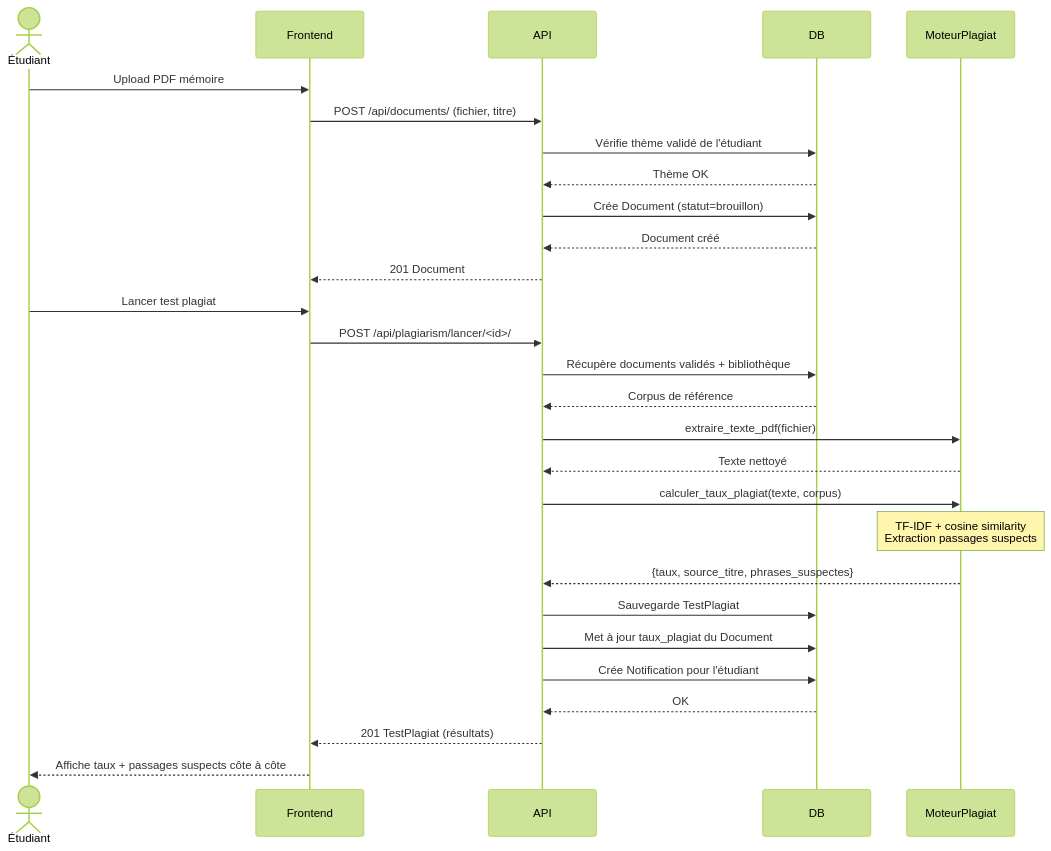
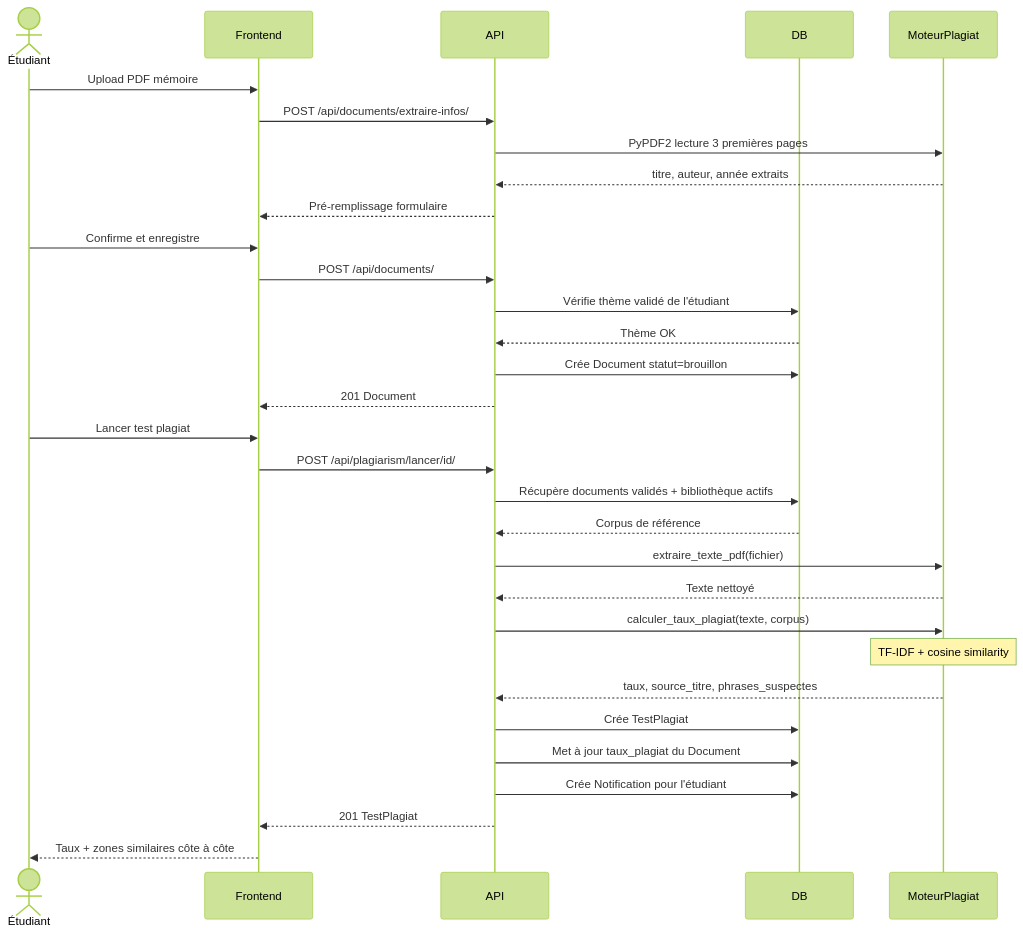
The sixth of 8 diagrams in DIAGRAMMES.md (delfa25/anti-plagiat), drawn with Mermaid (forest theme) before and after one commit. The commit also changed other lines of this file and 1 other file, not shown here.

Commit message:
docs: suppression doublons DIAGRAMMES.md, reorganisation RAPPORT_NOTES.md

````diff
--- a/DIAGRAMMES.md
+++ b/DIAGRAMMES.md
@@ -199,32 +330,36 @@
 ```mermaid
 sequenceDiagram
     actor Étudiant
     participant Frontend
     participant API
     participant DB
     participant MoteurPlagiat
 
     Étudiant->>Frontend: Upload PDF mémoire
-    Frontend->>API: POST /api/documents/ (fichier, titre)
+    Frontend->>API: POST /api/documents/extraire-infos/
+    API->>MoteurPlagiat: PyPDF2 lecture 3 premières pages
+    MoteurPlagiat-->>API: titre, auteur, année extraits
+    API-->>Frontend: Pré-remplissage formulaire
+
+    Étudiant->>Frontend: Confirme et enregistre
+    Frontend->>API: POST /api/documents/
     API->>DB: Vérifie thème validé de l'étudiant
     DB-->>API: Thème OK
-    API->>DB: Crée Document (statut=brouillon)
-    DB-->>API: Document créé
+    API->>DB: Crée Document statut=brouillon
     API-->>Frontend: 201 Document
 
     Étudiant->>Frontend: Lancer test plagiat
-    Frontend->>API: POST /api/plagiarism/lancer/<id>/
-    API->>DB: Récupère documents validés + bibliothèque
+    Frontend->>API: POST /api/plagiarism/lancer/id/
+    API->>DB: Récupère documents validés + bibliothèque actifs
     DB-->>API: Corpus de référence
     API->>MoteurPlagiat: extraire_texte_pdf(fichier)
     MoteurPlagiat-->>API: Texte nettoyé
     API->>MoteurPlagiat: calculer_taux_plagiat(texte, corpus)
-    Note over MoteurPlagiat: TF-IDF + cosine similarity<br/>Extraction passages suspects
-    MoteurPlagiat-->>API: {taux, source_titre, phrases_suspectes}
-    API->>DB: Sauvegarde TestPlagiat
+    Note over MoteurPlagiat: TF-IDF + cosine similarity
+    MoteurPlagiat-->>API: taux, source_titre, phrases_suspectes
+    API->>DB: Crée TestPlagiat
     API->>DB: Met à jour taux_plagiat du Document
     API->>DB: Crée Notification pour l'étudiant
-    DB-->>API: OK
-    API-->>Frontend: 201 TestPlagiat (résultats)
-    Frontend-->>Étudiant: Affiche taux + passages suspects côte à côte
+    API-->>Frontend: 201 TestPlagiat
+    Frontend-->>Étudiant: Taux + zones similaires côte à côte
 ```
````
